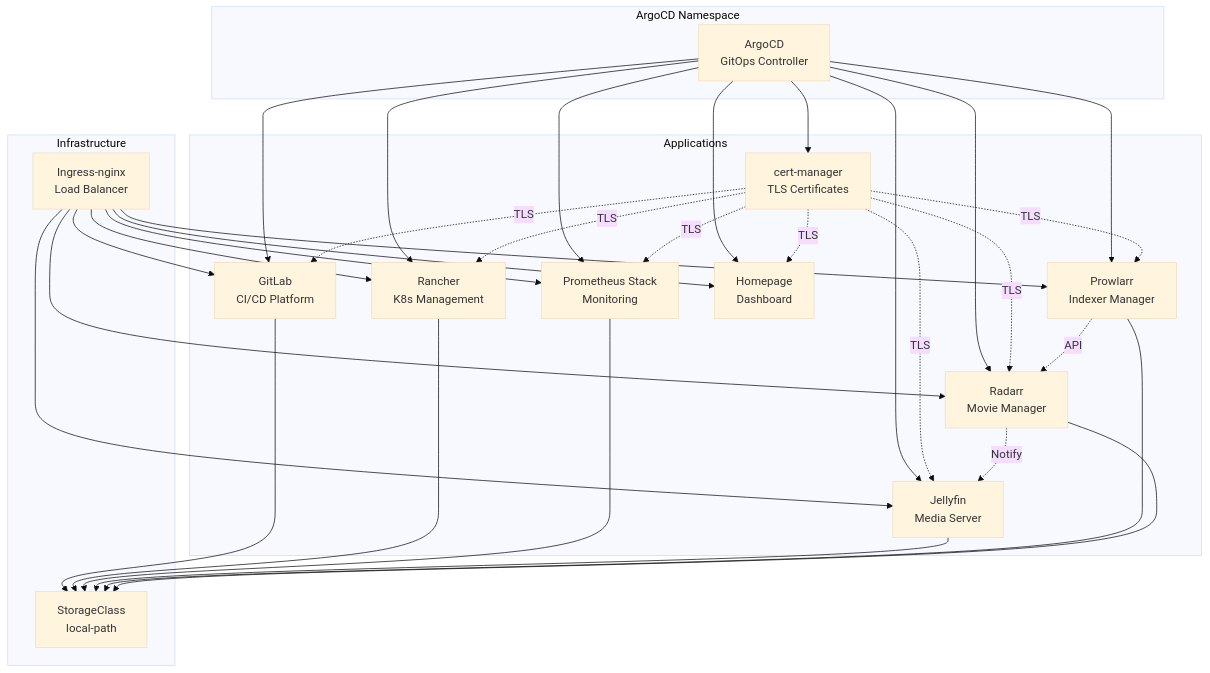
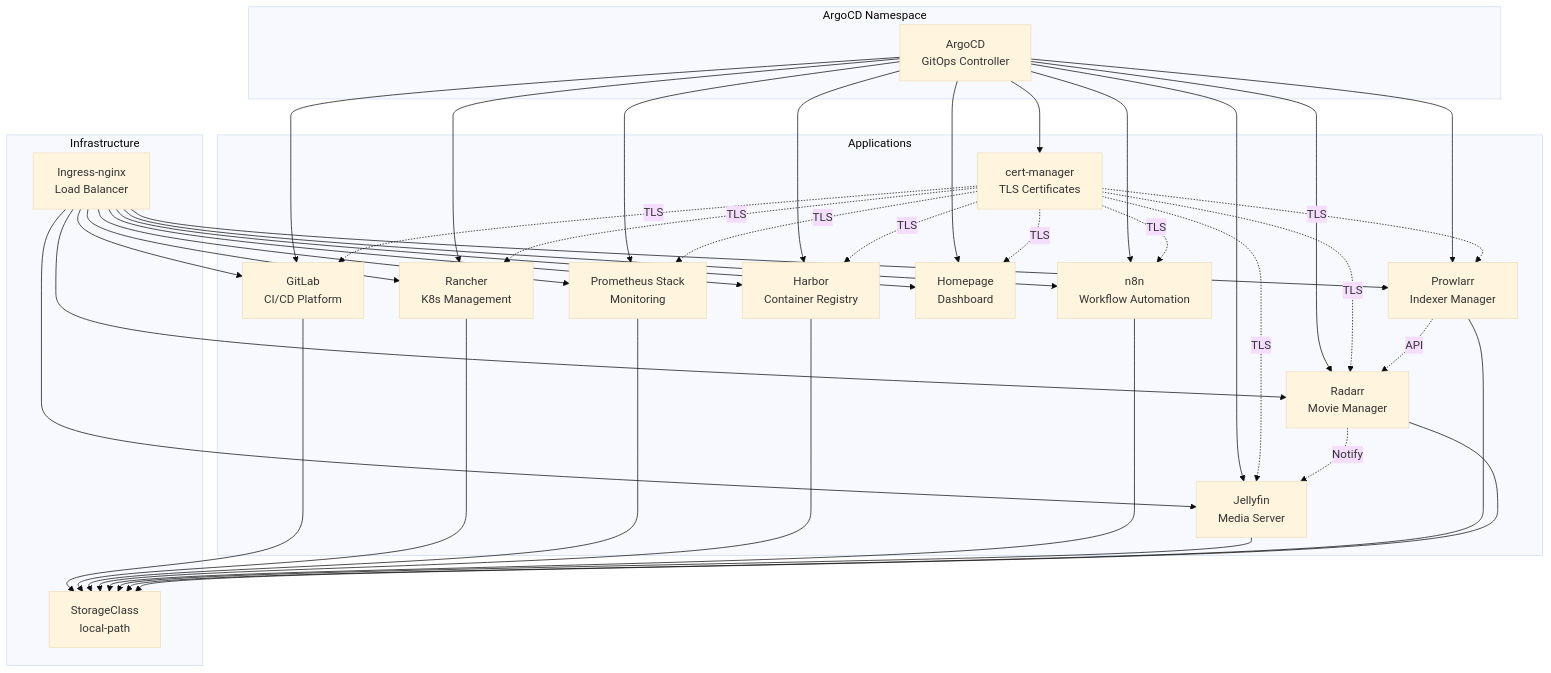
Before and after one commit to mistermedved01/lab-home: the diagram in 03-argocd/README.md, drawn with Mermaid (base theme). The commit also changed other lines of this file, not shown here.

````diff
--- a/03-argocd/README.md
+++ b/03-argocd/README.md
@@ -447,57 +508,67 @@
 ```mermaid
 graph TB
     subgraph "ArgoCD Namespace"
         ArgoCD[ArgoCD<br/>GitOps Controller]
     end
     
     subgraph "Applications"
         CertManager[cert-manager<br/>TLS Certificates]
         GitLab[GitLab<br/>CI/CD Platform]
         Rancher[Rancher<br/>K8s Management]
         Prometheus[Prometheus Stack<br/>Monitoring]
+        Harbor[Harbor<br/>Container Registry]
         Homepage[Homepage<br/>Dashboard]
+        N8n[n8n<br/>Workflow Automation]
         Jellyfin[Jellyfin<br/>Media Server]
         Prowlarr[Prowlarr<br/>Indexer Manager]
         Radarr[Radarr<br/>Movie Manager]
     end
     
     subgraph "Infrastructure"
         Ingress[Ingress-nginx<br/>Load Balancer]
         Storage[StorageClass<br/>local-path]
     end
     
     ArgoCD --> CertManager
     ArgoCD --> GitLab
     ArgoCD --> Rancher
     ArgoCD --> Prometheus
+    ArgoCD --> Harbor
     ArgoCD --> Homepage
+    ArgoCD --> N8n
     ArgoCD --> Jellyfin
     ArgoCD --> Prowlarr
     ArgoCD --> Radarr
     
     CertManager -.->|TLS| GitLab
     CertManager -.->|TLS| Rancher
     CertManager -.->|TLS| Prometheus
+    CertManager -.->|TLS| Harbor
     CertManager -.->|TLS| Homepage
+    CertManager -.->|TLS| N8n
     CertManager -.->|TLS| Jellyfin
     CertManager -.->|TLS| Prowlarr
     CertManager -.->|TLS| Radarr
     
     Ingress --> GitLab
     Ingress --> Rancher
     Ingress --> Prometheus
+    Ingress --> Harbor
     Ingress --> Homepage
+    Ingress --> N8n
     Ingress --> Jellyfin
     Ingress --> Prowlarr
     Ingress --> Radarr
     
     GitLab --> Storage
     Rancher --> Storage
     Prometheus --> Storage
+    Harbor --> Storage
+    N8n --> Storage
     Jellyfin --> Storage
     Prowlarr --> Storage
     Radarr --> Storage
     
     Prowlarr -.->|API| Radarr
     Radarr -.->|Notify| Jellyfin
 ```
````
